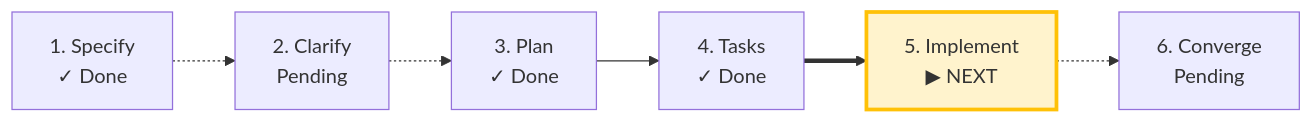
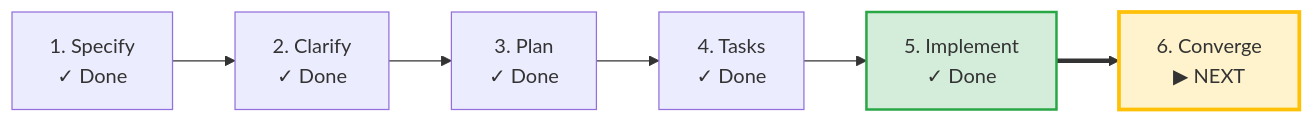
Before and after one commit to k-electron/speckitplus: the diagram in specs/004-artifact-drift-mtime/lifecycle.md, drawn with Mermaid. The commit also changed other lines of this file and 6 other files, not shown here.

````diff
--- a/specs/004-artifact-drift-mtime/lifecycle.md
+++ b/specs/004-artifact-drift-mtime/lifecycle.md
@@ -87,9 +96,10 @@
 ```mermaid
 graph LR
-    S["1. Specify<br/>✓ Done"] -.-> C["2. Clarify<br/>Pending"]
-    C -.-> P["3. Plan<br/>✓ Done"]
+    S["1. Specify<br/>✓ Done"] --> C["2. Clarify<br/>✓ Done"]
+    C --> P["3. Plan<br/>✓ Done"]
     P --> T["4. Tasks<br/>✓ Done"]
-    T ==> I["5. Implement<br/>▶ NEXT"]
-    I -.-> V["6. Converge<br/>Pending"]
-    style I fill:#fff3cd,stroke:#ffc107,stroke-width:3px
+    T --> I["5. Implement<br/>✓ Done"]
+    I ==> V["6. Converge<br/>▶ NEXT"]
+    style I fill:#d4edda,stroke:#28a745,stroke-width:2px
+    style V fill:#fff3cd,stroke:#ffc107,stroke-width:3px
 ```
````
